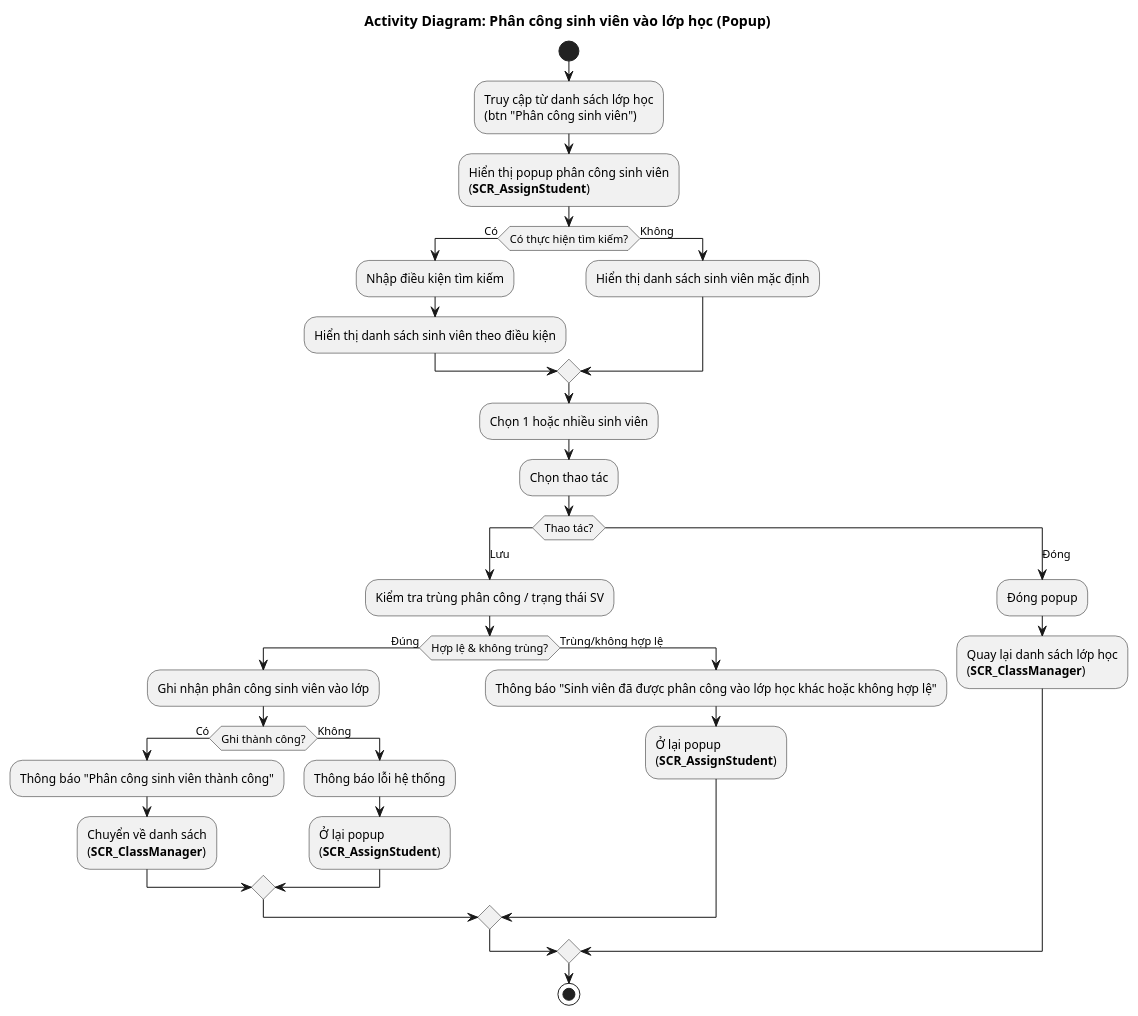
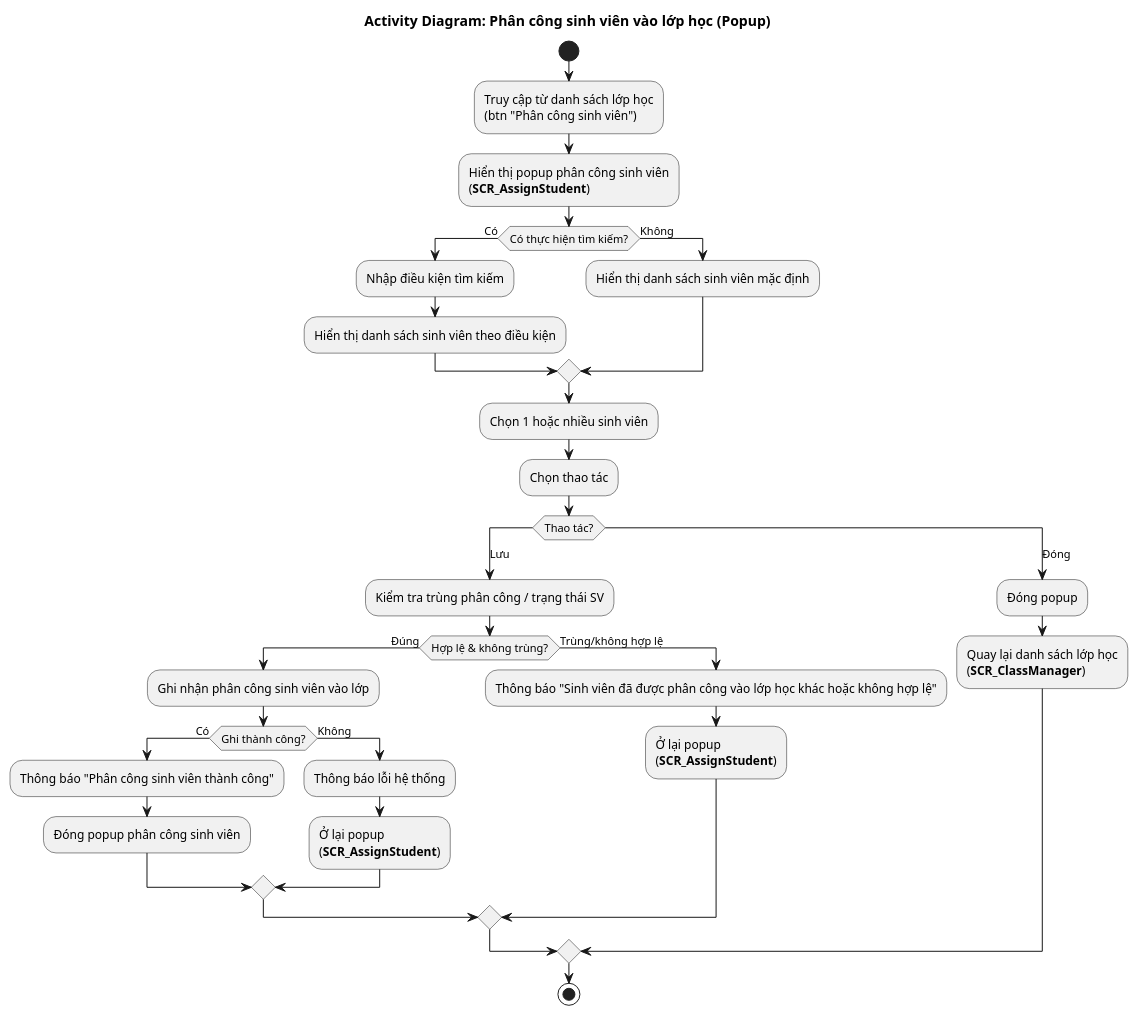
Before and after one commit to alvinnguyen9820-prog/TestPUML: the diagram in 4.usecases/Class/ClassAssignStudent/AD_ClassManager_AssignStudent.puml, drawn with PlantUML. The commit also changed 3 other files, not shown here.

```diff
--- a/4.usecases/Class/ClassAssignStudent/AD_ClassManager_AssignStudent.puml
+++ b/4.usecases/Class/ClassAssignStudent/AD_ClassManager_AssignStudent.puml
@@ -1,41 +1,41 @@
 @startuml AD_ClassManager_AssignStudent
 !pragma layout smetana
 title Activity Diagram: Phân công sinh viên vào lớp học (Popup)
 
 start
 :Truy cập từ danh sách lớp học\n(btn "Phân công sinh viên");
 :Hiển thị popup phân công sinh viên\n(**SCR_AssignStudent**);
 
 if (Có thực hiện tìm kiếm?) then (Có)
   :Nhập điều kiện tìm kiếm;
   :Hiển thị danh sách sinh viên theo điều kiện;
 else (Không)
   :Hiển thị danh sách sinh viên mặc định;
 endif
 
 :Chọn 1 hoặc nhiều sinh viên;
 
 :Chọn thao tác;
 switch (Thao tác?)
   case (Lưu)
     :Kiểm tra trùng phân công / trạng thái SV;
     if (Hợp lệ & không trùng?) then (Đúng)
       :Ghi nhận phân công sinh viên vào lớp;
       if (Ghi thành công?) then (Có)
         :Thông báo "Phân công sinh viên thành công";
-        :Chuyển về danh sách\n(**SCR_ClassManager**);
+        :Đóng popup phân công sinh viên;
       else (Không)
         :Thông báo lỗi hệ thống;
         :Ở lại popup\n(**SCR_AssignStudent**);
       endif
     else (Trùng/không hợp lệ)
       :Thông báo "Sinh viên đã được phân công vào lớp học khác hoặc không hợp lệ";
       :Ở lại popup\n(**SCR_AssignStudent**);
     endif
   case (Đóng)
     :Đóng popup;
     :Quay lại danh sách lớp học\n(**SCR_ClassManager**);
 endswitch
 
 stop
 @enduml
```
